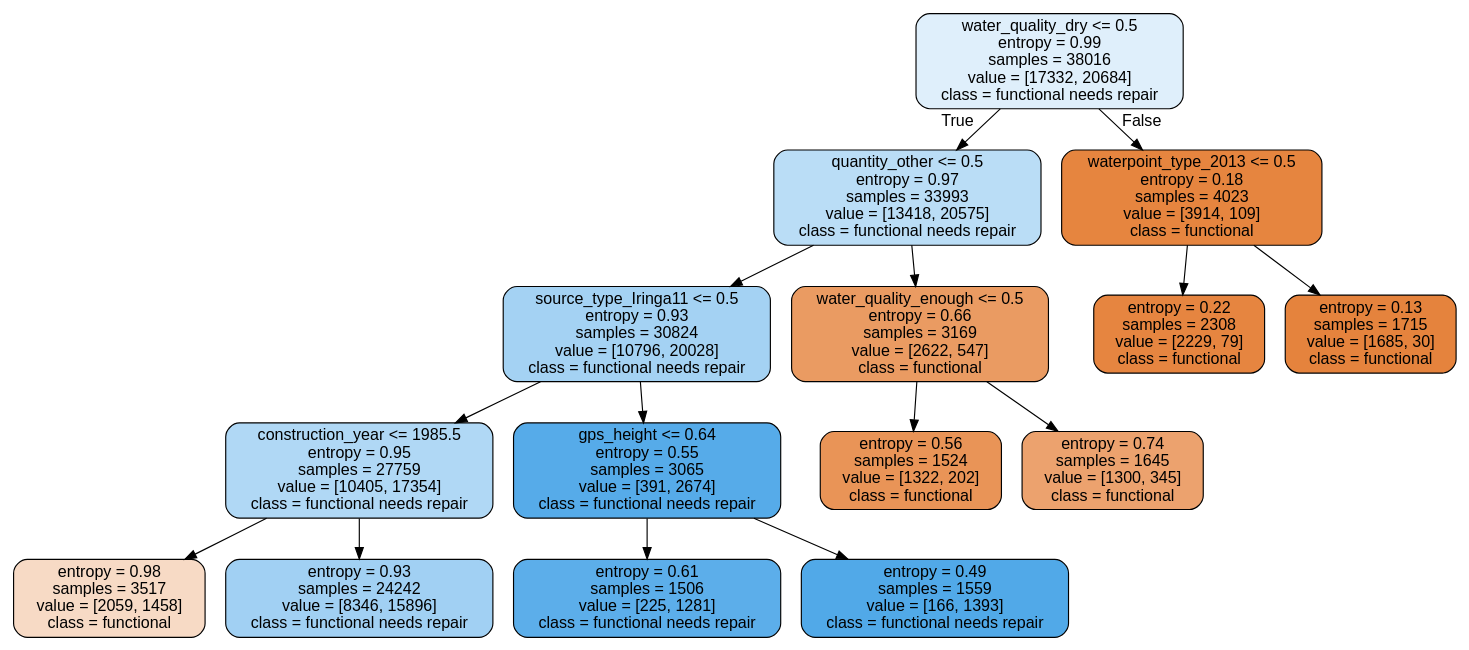
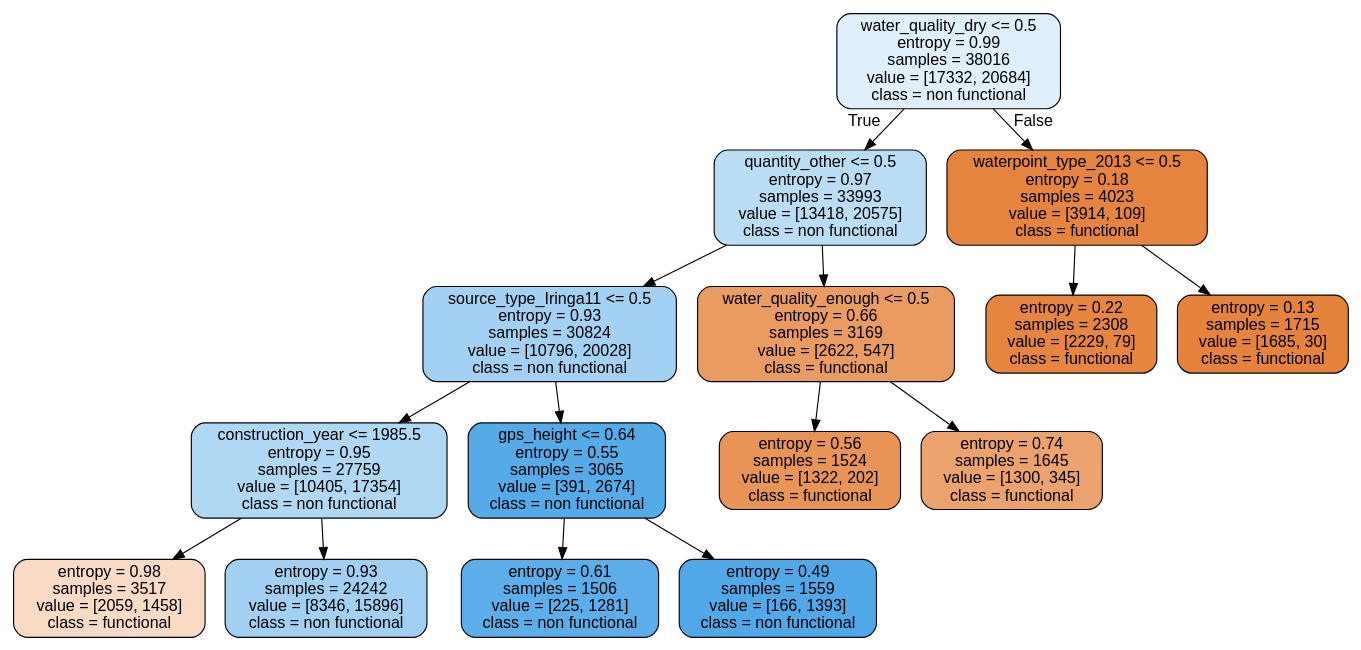
One commit to Silkways/Tanzania-Water-Project changed the diagram in tree.dot. Above: the diagram before and after it, drawn with Graphviz. The commit also changed 5 other files, not shown here.

```diff
--- a/tree.dot
+++ b/tree.dot
@@ -1,33 +1,33 @@
 digraph Tree {
 node [shape=box, style="filled, rounded", color="black", fontname=helvetica] ;
 edge [fontname=helvetica] ;
-0 [label="water_quality_dry <= 0.5\nentropy = 0.99\nsamples = 38016\nvalue = [17332, 20684]\nclass = functional needs repair", fillcolor="#dfeffb"] ;
-1 [label="quantity_other <= 0.5\nentropy = 0.97\nsamples = 33993\nvalue = [13418, 20575]\nclass = functional needs repair", fillcolor="#baddf6"] ;
+0 [label="water_quality_dry <= 0.5\nentropy = 0.99\nsamples = 38016\nvalue = [17332, 20684]\nclass = non functional", fillcolor="#399de529"] ;
+1 [label="quantity_other <= 0.5\nentropy = 0.97\nsamples = 33993\nvalue = [13418, 20575]\nclass = non functional", fillcolor="#399de559"] ;
 0 -> 1 [labeldistance=2.5, labelangle=45, headlabel="True"] ;
-2 [label="source_type_Iringa11 <= 0.5\nentropy = 0.93\nsamples = 30824\nvalue = [10796, 20028]\nclass = functional needs repair", fillcolor="#a4d2f3"] ;
+2 [label="source_type_Iringa11 <= 0.5\nentropy = 0.93\nsamples = 30824\nvalue = [10796, 20028]\nclass = non functional", fillcolor="#399de576"] ;
 1 -> 2 ;
-3 [label="construction_year <= 1985.5\nentropy = 0.95\nsamples = 27759\nvalue = [10405, 17354]\nclass = functional needs repair", fillcolor="#b0d8f5"] ;
+3 [label="construction_year <= 1985.5\nentropy = 0.95\nsamples = 27759\nvalue = [10405, 17354]\nclass = non functional", fillcolor="#399de566"] ;
 2 -> 3 ;
-4 [label="entropy = 0.98\nsamples = 3517\nvalue = [2059, 1458]\nclass = functional", fillcolor="#f7dac5"] ;
+4 [label="entropy = 0.98\nsamples = 3517\nvalue = [2059, 1458]\nclass = functional", fillcolor="#e581394a"] ;
 3 -> 4 ;
-5 [label="entropy = 0.93\nsamples = 24242\nvalue = [8346, 15896]\nclass = functional needs repair", fillcolor="#a1d0f3"] ;
+5 [label="entropy = 0.93\nsamples = 24242\nvalue = [8346, 15896]\nclass = non functional", fillcolor="#399de579"] ;
 3 -> 5 ;
-6 [label="gps_height <= 0.64\nentropy = 0.55\nsamples = 3065\nvalue = [391, 2674]\nclass = functional needs repair", fillcolor="#56abe9"] ;
+6 [label="gps_height <= 0.64\nentropy = 0.55\nsamples = 3065\nvalue = [391, 2674]\nclass = non functional", fillcolor="#399de5da"] ;
 2 -> 6 ;
-7 [label="entropy = 0.61\nsamples = 1506\nvalue = [225, 1281]\nclass = functional needs repair", fillcolor="#5caeea"] ;
+7 [label="entropy = 0.61\nsamples = 1506\nvalue = [225, 1281]\nclass = non functional", fillcolor="#399de5d2"] ;
 6 -> 7 ;
-8 [label="entropy = 0.49\nsamples = 1559\nvalue = [166, 1393]\nclass = functional needs repair", fillcolor="#51a9e8"] ;
+8 [label="entropy = 0.49\nsamples = 1559\nvalue = [166, 1393]\nclass = non functional", fillcolor="#399de5e1"] ;
 6 -> 8 ;
-9 [label="water_quality_enough <= 0.5\nentropy = 0.66\nsamples = 3169\nvalue = [2622, 547]\nclass = functional", fillcolor="#ea9b62"] ;
+9 [label="water_quality_enough <= 0.5\nentropy = 0.66\nsamples = 3169\nvalue = [2622, 547]\nclass = functional", fillcolor="#e58139ca"] ;
 1 -> 9 ;
-10 [label="entropy = 0.56\nsamples = 1524\nvalue = [1322, 202]\nclass = functional", fillcolor="#e99457"] ;
+10 [label="entropy = 0.56\nsamples = 1524\nvalue = [1322, 202]\nclass = functional", fillcolor="#e58139d8"] ;
 9 -> 10 ;
-11 [label="entropy = 0.74\nsamples = 1645\nvalue = [1300, 345]\nclass = functional", fillcolor="#eca26e"] ;
+11 [label="entropy = 0.74\nsamples = 1645\nvalue = [1300, 345]\nclass = functional", fillcolor="#e58139bb"] ;
 9 -> 11 ;
-12 [label="waterpoint_type_2013 <= 0.5\nentropy = 0.18\nsamples = 4023\nvalue = [3914, 109]\nclass = functional", fillcolor="#e6853f"] ;
+12 [label="waterpoint_type_2013 <= 0.5\nentropy = 0.18\nsamples = 4023\nvalue = [3914, 109]\nclass = functional", fillcolor="#e58139f8"] ;
 0 -> 12 [labeldistance=2.5, labelangle=-45, headlabel="False"] ;
-13 [label="entropy = 0.22\nsamples = 2308\nvalue = [2229, 79]\nclass = functional", fillcolor="#e68540"] ;
+13 [label="entropy = 0.22\nsamples = 2308\nvalue = [2229, 79]\nclass = functional", fillcolor="#e58139f6"] ;
 12 -> 13 ;
-14 [label="entropy = 0.13\nsamples = 1715\nvalue = [1685, 30]\nclass = functional", fillcolor="#e5833d"] ;
+14 [label="entropy = 0.13\nsamples = 1715\nvalue = [1685, 30]\nclass = functional", fillcolor="#e58139fa"] ;
 12 -> 14 ;
 }
```
